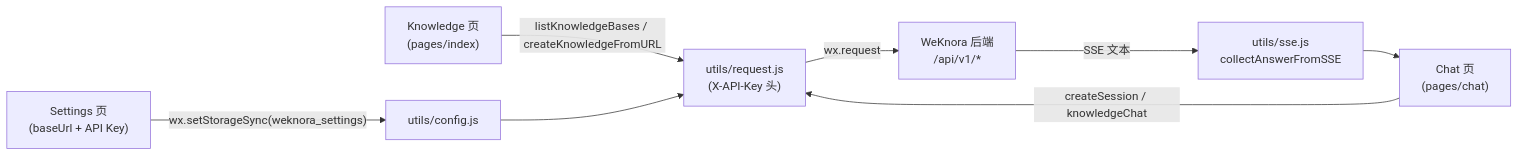
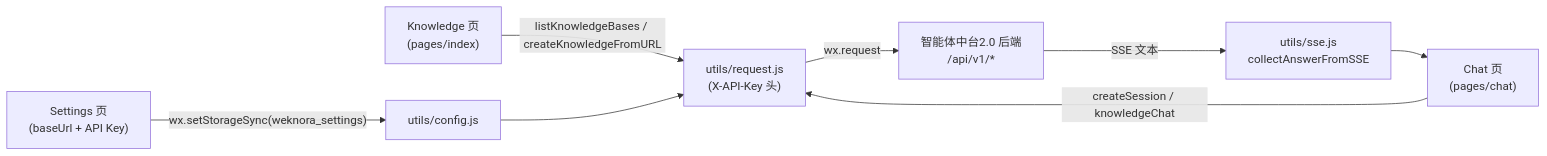
One commit to qinlei131479/WeKnora changed the diagram in apps/docs/05-clients/04-miniprogram.md. Above: the diagram before and after it, drawn with Mermaid. The commit also changed other lines of this file and 47 other files, not shown here.

````diff
--- a/apps/docs/05-clients/04-miniprogram.md
+++ b/apps/docs/05-clients/04-miniprogram.md
@@ -71,10 +71,10 @@
 ```mermaid
 flowchart LR
     S["Settings 页<br/>(baseUrl + API Key)"] -->|"wx.setStorageSync(weknora_settings)"| C["utils/config.js"]
     K["Knowledge 页<br/>(pages/index)"] -->|"listKnowledgeBases / createKnowledgeFromURL"| R["utils/request.js<br/>(X-API-Key 头)"]
     Q["Chat 页<br/>(pages/chat)"] -->|"createSession / knowledgeChat"| R
-    R -->|"wx.request"| B["WeKnora 后端<br/>/api/v1/*"]
+    R -->|"wx.request"| B["智能体中台2.0 后端<br/>/api/v1/*"]
     B -->|"SSE 文本"| P["utils/sse.js<br/>collectAnswerFromSSE"]
     P --> Q
     C --> R
 ```
````
